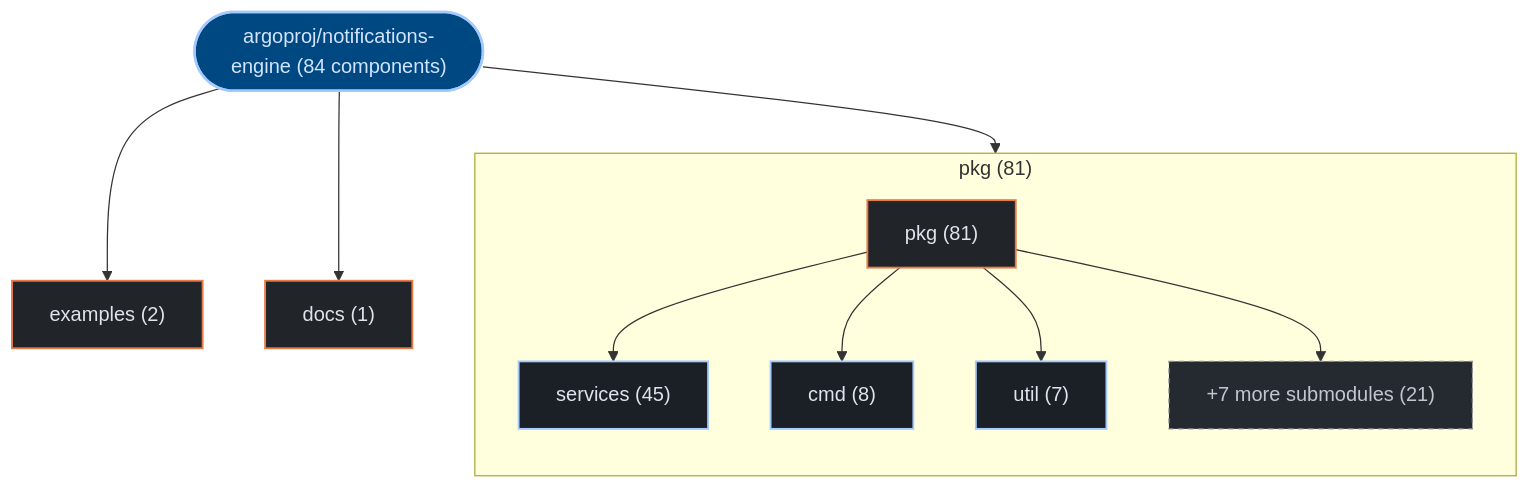
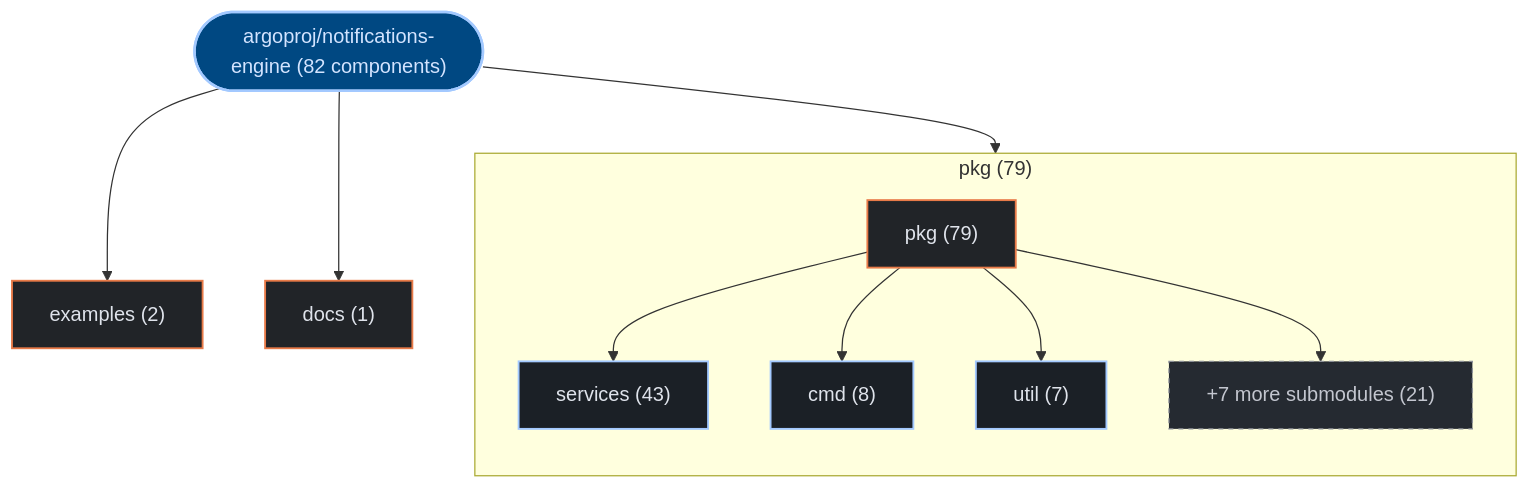
Before and after one commit to kumarshaz/atruss-code-atlas: the first of 3 diagrams in exports/latest/reports/argoproj-notifications-engine-report.md, drawn with Mermaid. The commit also changed other lines of this file and 1613 other files, not shown here.

````diff
--- a/exports/latest/reports/argoproj-notifications-engine-report.md
+++ b/exports/latest/reports/argoproj-notifications-engine-report.md
@@ -42,28 +42,29 @@
 ```mermaid
 graph TD;
+    %% title: Building Block View — argoproj/notifications-engine
   classDef atlasRoot fill:#004882,stroke:#a3c9ff,stroke-width:2px,color:#d3e4ff
   classDef atlasCategory fill:#212428,stroke:#E87A48,stroke-width:1.5px,color:#dfe3eb
   classDef atlasWorkflow fill:#1b2026,stroke:#a3c9ff,stroke-width:1.5px,color:#dfe3eb
   classDef atlasJob fill:#171c22,stroke:#8d9199,stroke-width:1px,color:#dfe3eb
   classDef atlasTarget fill:#005227,stroke:#8bd99b,stroke-width:1.5px,color:#a7f6b6
   classDef atlasAlert fill:#93000a,stroke:#ffb4ab,stroke-width:1.5px,color:#ffdad6
   classDef atlasMore fill:#252a31,stroke:#8d9199,stroke-dasharray:4 4,color:#c3c6cf
-    repo_root(["argoproj/notifications-engine (84 components)"]):::atlasRoot
-    subgraph sg_dir_0_pkg["pkg (81)"]
+    repo_root(["argoproj/notifications-engine (82 components)"]):::atlasRoot
+    subgraph sg_dir_0_pkg["pkg (79)"]
       direction TB
-      dir_0_pkg["pkg (81)"]:::atlasCategory
-      sub_0_0_services["services (45)"]:::atlasWorkflow
+      dir_0_pkg["pkg (79)"]:::atlasCategory
+      sub_0_0_services["services (43)"]:::atlasWorkflow
       dir_0_pkg --> sub_0_0_services
       sub_0_1_cmd["cmd (8)"]:::atlasWorkflow
       dir_0_pkg --> sub_0_1_cmd
       sub_0_2_util["util (7)"]:::atlasWorkflow
       dir_0_pkg --> sub_0_2_util
       sub_0_more["+7 more submodules (21)"]:::atlasMore
       dir_0_pkg --> sub_0_more
     end
     repo_root --> dir_0_pkg
     dir_1_examples["examples (2)"]:::atlasCategory
     repo_root --> dir_1_examples
     dir_2_docs["docs (1)"]:::atlasCategory
     repo_root --> dir_2_docs
 ```
````
